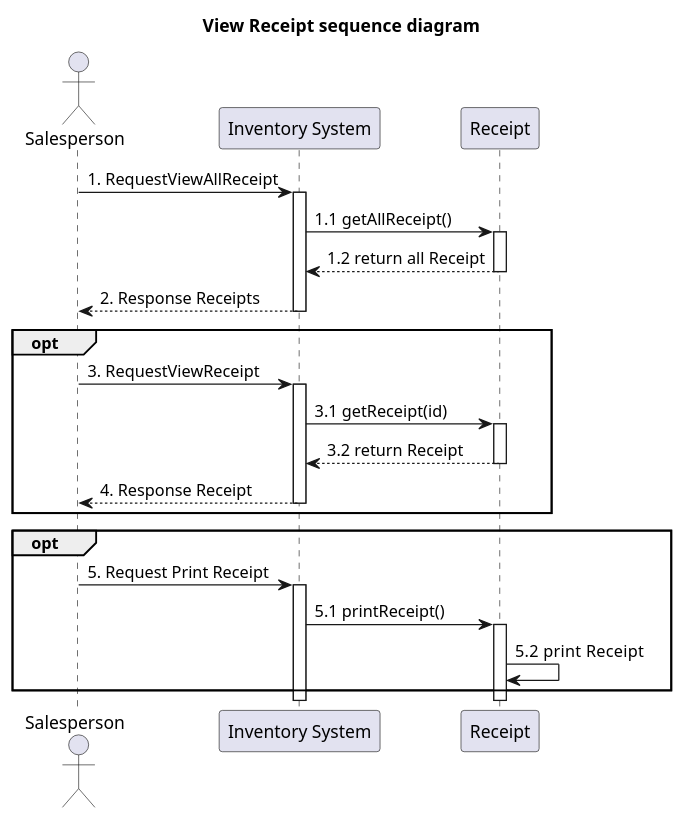
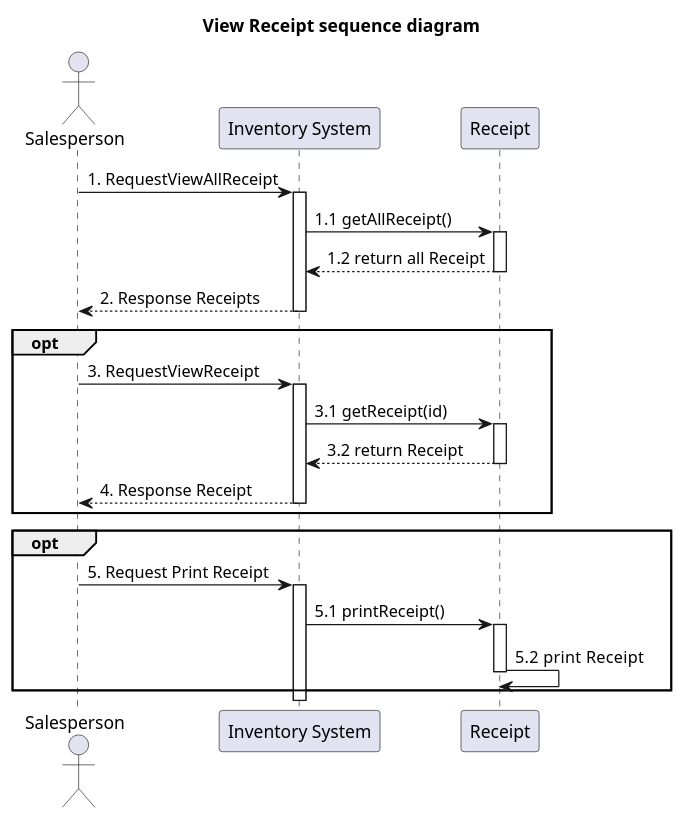
The diagram in system-analysis/sequence/_7_1_sequence-view-receipt.puml (billowdev/inventory-system-plantuml-sequelize-seeder-example), drawn with PlantUML before and after one commit.

```diff
--- a/system-analysis/sequence/_7_1_sequence-view-receipt.puml
+++ b/system-analysis/sequence/_7_1_sequence-view-receipt.puml
@@ -1,59 +1,62 @@
 @startuml
 'example
 title View Receipt sequence diagram
 
 actor Salesperson as actorSalesperson
 participant "Inventory System" as InventorySystem
 'participant "Inventory" as classInventory
 participant "Receipt" as classReceipt
 
 actorSalesperson -> InventorySystem: 1. RequestViewAllReceipt
 activate InventorySystem
 
 '-------------- START view product ---------------
 InventorySystem -> classReceipt: 1.1 getAllReceipt()
 activate classReceipt
 
 classReceipt --> InventorySystem: 1.2 return all Receipt
 deactivate classReceipt
 
 InventorySystem --> actorSalesperson : 2. Response Receipts
 
 deactivate InventorySystem
 
 
 opt
 actorSalesperson -> InventorySystem: 3. RequestViewReceipt
 activate InventorySystem
 
 InventorySystem -> classReceipt: 3.1 getReceipt(id)
 activate classReceipt
 
 classReceipt --> InventorySystem: 3.2 return Receipt
 deactivate classReceipt
 
 
 '-------------- END view product ---------------
 
 InventorySystem --> actorSalesperson : 4. Response Receipt
 
 deactivate InventorySystem
 end
 
 
 opt
 actorSalesperson -> InventorySystem : 5. Request Print Receipt
 
 activate InventorySystem
 
 InventorySystem -> classReceipt : 5.1 printReceipt()
 activate classReceipt
 
 classReceipt -> classReceipt : 5.2  print Receipt
 
+deactivate classReceipt
+
+'deactivate InventorySystem
 end
 
 
 
 
 @enduml
```
